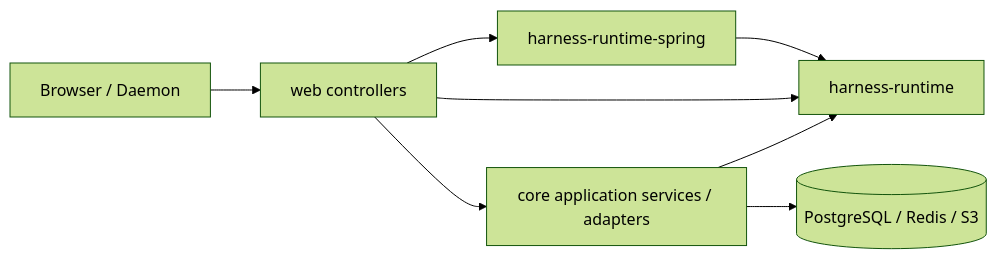
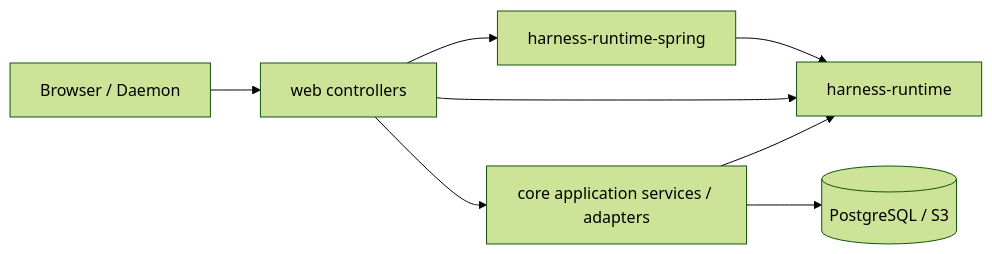
The diagram in docs/technical-solution/backend-implementation-design.md (fengwk/kk-studio), drawn with Mermaid (forest theme) before and after one commit. The commit also changed other lines of this file and 25 other files, not shown here.

````diff
--- a/docs/technical-solution/backend-implementation-design.md
+++ b/docs/technical-solution/backend-implementation-design.md
@@ -7,16 +7,16 @@
 ```mermaid
 flowchart LR
     Client[Browser / Daemon]
     Web[web controllers]
     Core[core application services / adapters]
     RuntimeSpring[harness-runtime-spring]
     Runtime[harness-runtime]
-    Store[(PostgreSQL / Redis / S3)]
+    Store[(PostgreSQL / S3)]
 
     Client --> Web
     Web --> Core
     Web --> RuntimeSpring --> Runtime
     Web --> Runtime
     Core --> Runtime
     Core --> Store
 ```
````
